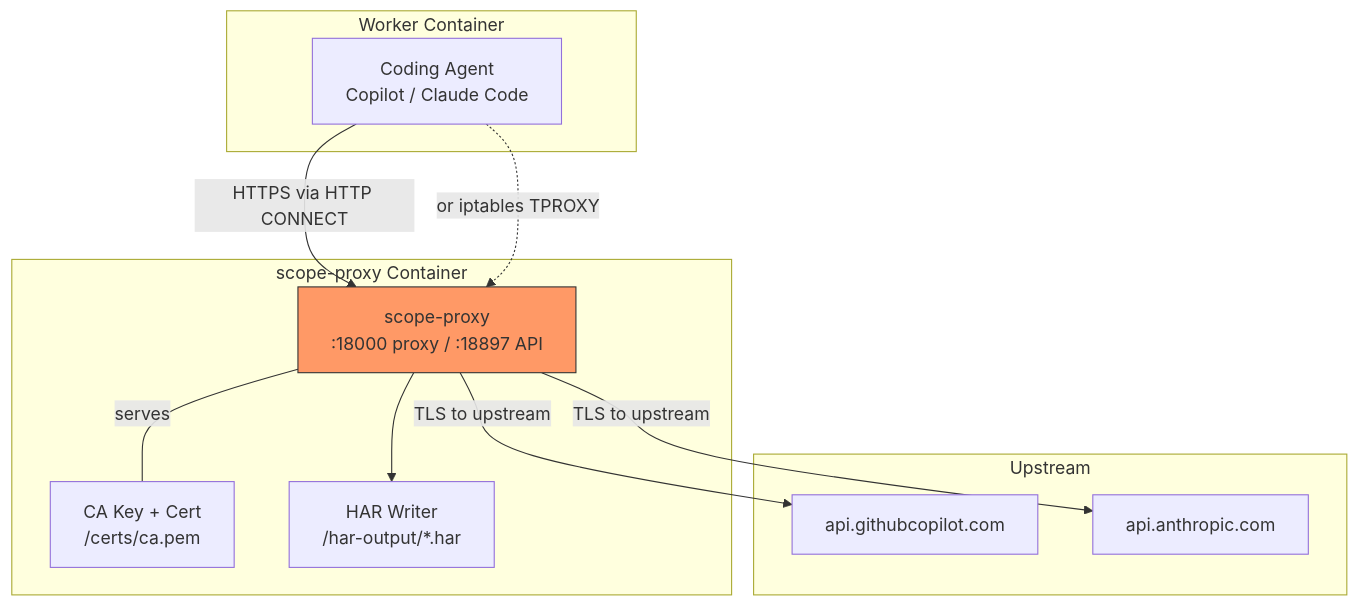
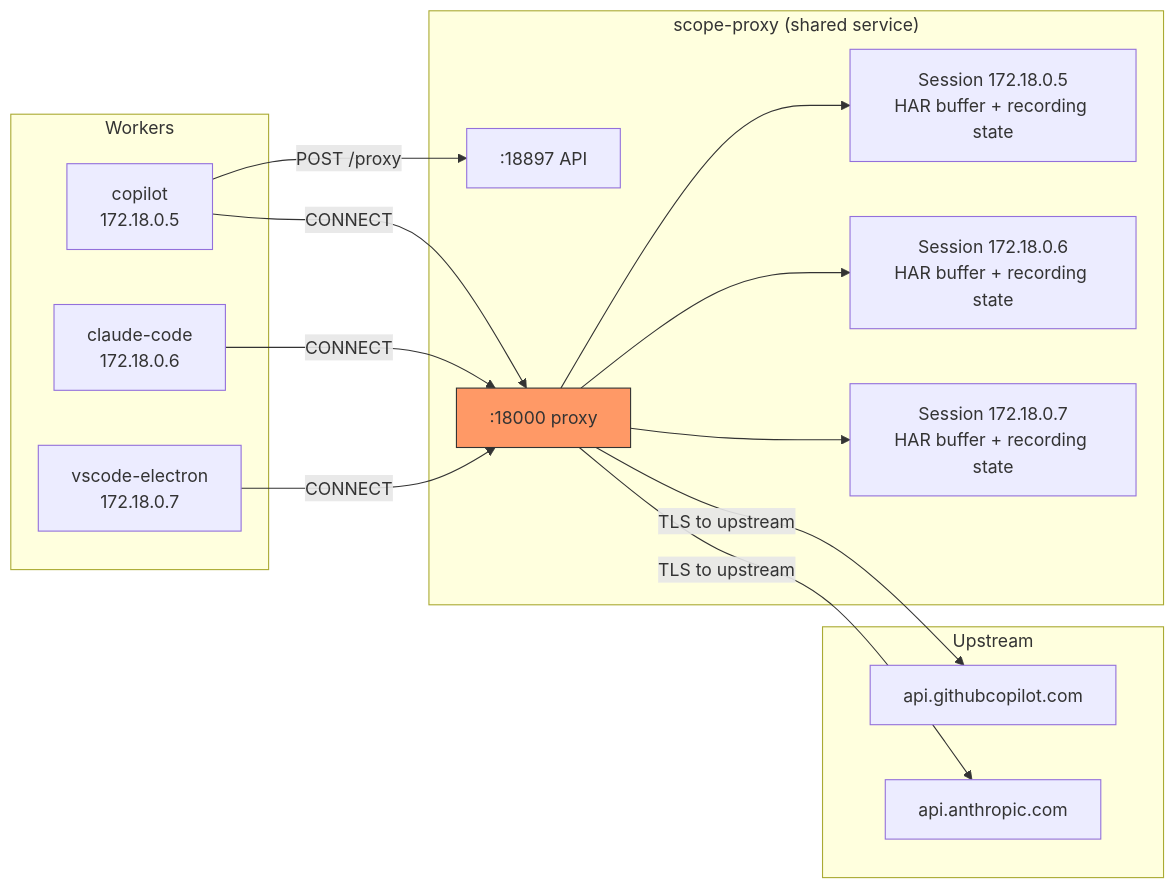
One commit to Gile987/scope changed the first of 4 diagrams in docs/design/rust-tls-proxy.md. Above: the diagram before and after it, drawn with Mermaid. The commit also changed other lines of this file, not shown here.

Commit message:
docs: update plan — shared proxy with IP sessions, GET /proxy/har, unit tests, K8S manifests

````diff
--- a/docs/design/rust-tls-proxy.md
+++ b/docs/design/rust-tls-proxy.md
@@ -40,26 +44,31 @@
 ```mermaid
-graph TB
-    subgraph Worker Container
-        Agent[Coding Agent<br/>Copilot / Claude Code]
+graph LR
+    subgraph Workers
+        W1[copilot<br/>172.18.0.5]
+        W2[claude-code<br/>172.18.0.6]
+        W3[vscode-electron<br/>172.18.0.7]
     end
 
-    subgraph scope-proxy Container
-        Proxy[scope-proxy<br/>:18000 proxy / :18897 API]
-        CA[CA Key + Cert<br/>/certs/ca.pem]
-        HAR[HAR Writer<br/>/har-output/*.har]
+    subgraph "scope-proxy (shared service)"
+        API[:18897 API]
+        PX[:18000 proxy]
+        S1[Session 172.18.0.5<br/>HAR buffer + recording state]
+        S2[Session 172.18.0.6<br/>HAR buffer + recording state]
+        S3[Session 172.18.0.7<br/>HAR buffer + recording state]
     end
 
     subgraph Upstream
         GH[api.githubcopilot.com]
         AN[api.anthropic.com]
     end
 
-    Agent -->|HTTPS via HTTP CONNECT| Proxy
-    Agent -.->|or iptables TPROXY| Proxy
-    Proxy -->|TLS to upstream| GH
-    Proxy -->|TLS to upstream| AN
-    Proxy --> HAR
-    Proxy ---|serves| CA
+    W1 -->|CONNECT| PX
+    W2 -->|CONNECT| PX
+    W3 -->|CONNECT| PX
+    W1 -->|POST /proxy| API
+    PX --> S1 & S2 & S3
+    PX -->|TLS to upstream| GH
+    PX -->|TLS to upstream| AN
 
-    style Proxy fill:#f96,stroke:#333
+    style PX fill:#f96,stroke:#333
 ```
````
